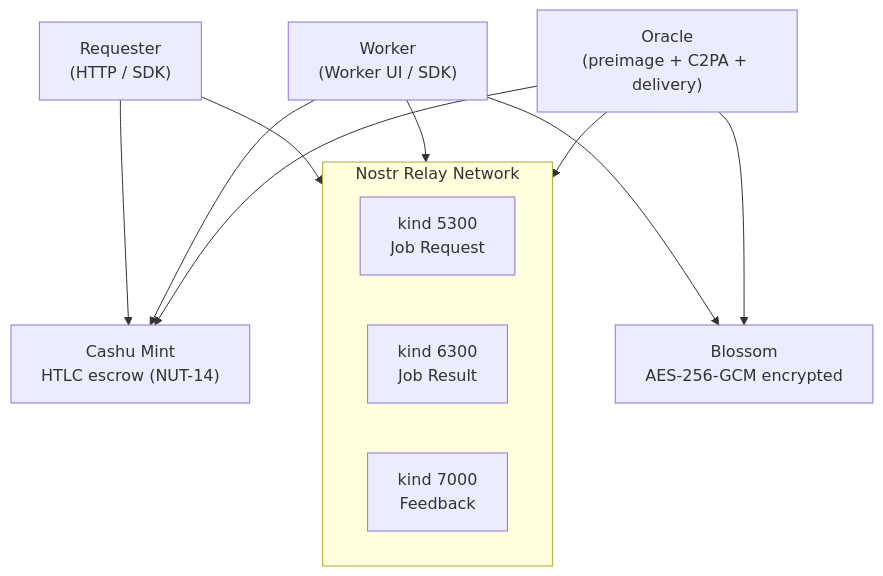
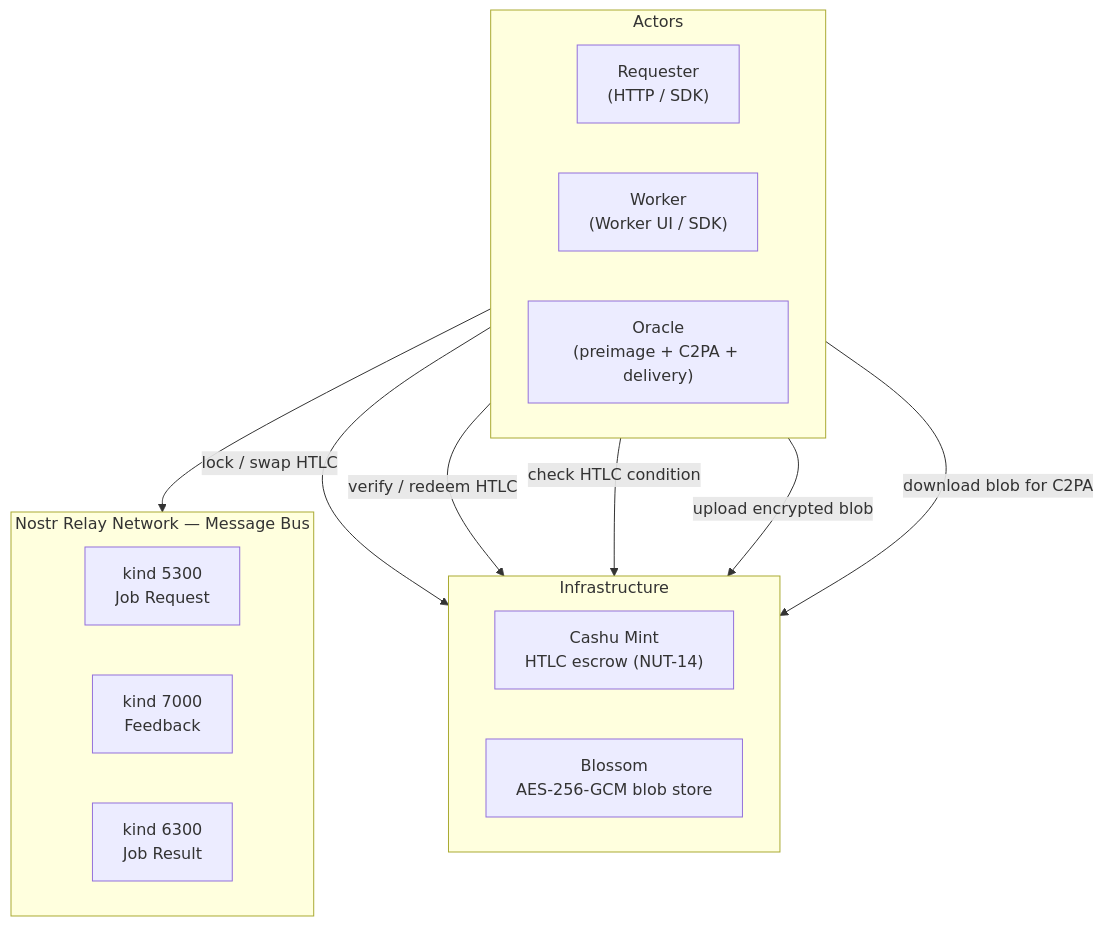
Before and after one commit to motxx/anchr: the second of 4 diagrams in README.md, drawn with Mermaid.

Commit message:
Update Architecture

````diff
--- a/README.md
+++ b/README.md
@@ -92,23 +92,29 @@
 ```mermaid
 graph TB
-    subgraph Nostr["Nostr Relay Network"]
-        K5300["kind 5300<br/>Job Request"]
-        K6300["kind 6300<br/>Job Result"]
-        K7000["kind 7000<br/>Feedback"]
+    subgraph Actors["Actors"]
+        direction LR
+        Requester["Requester<br/>(HTTP / SDK)"]
+        Worker["Worker<br/>(Worker UI / SDK)"]
+        Oracle["Oracle<br/>(preimage + C2PA + delivery)"]
     end
 
-    Requester["Requester<br/>(HTTP / SDK)"]
-    Worker["Worker<br/>(Worker UI / SDK)"]
-    Oracle["Oracle<br/>(preimage + C2PA + delivery)"]
-    Blossom["Blossom<br/>AES-256-GCM encrypted"]
-    Cashu["Cashu Mint<br/>HTLC escrow (NUT-14)"]
+    subgraph Bus["Nostr Relay Network — Message Bus"]
+        direction LR
+        K5300["kind 5300<br/>Job Request"]
+        K7000["kind 7000<br/>Feedback"]
+        K6300["kind 6300<br/>Job Result"]
+    end
 
-    Requester --> Nostr
-    Worker --> Nostr
-    Oracle --> Nostr
-    Worker --> Blossom
-    Oracle --> Blossom
-    Requester --> Cashu
-    Worker --> Cashu
-    Oracle --> Cashu
+    subgraph Infra["Infrastructure"]
+        direction LR
+        Cashu["Cashu Mint<br/>HTLC escrow (NUT-14)"]
+        Blossom["Blossom<br/>AES-256-GCM blob store"]
+    end
+
+    Actors --> Bus
+    Requester -->|"lock / swap HTLC"| Cashu
+    Worker -->|"verify / redeem HTLC"| Cashu
+    Oracle -->|"check HTLC condition"| Cashu
+    Worker -->|"upload encrypted blob"| Blossom
+    Oracle -->|"download blob for C2PA"| Blossom
 ```
````
